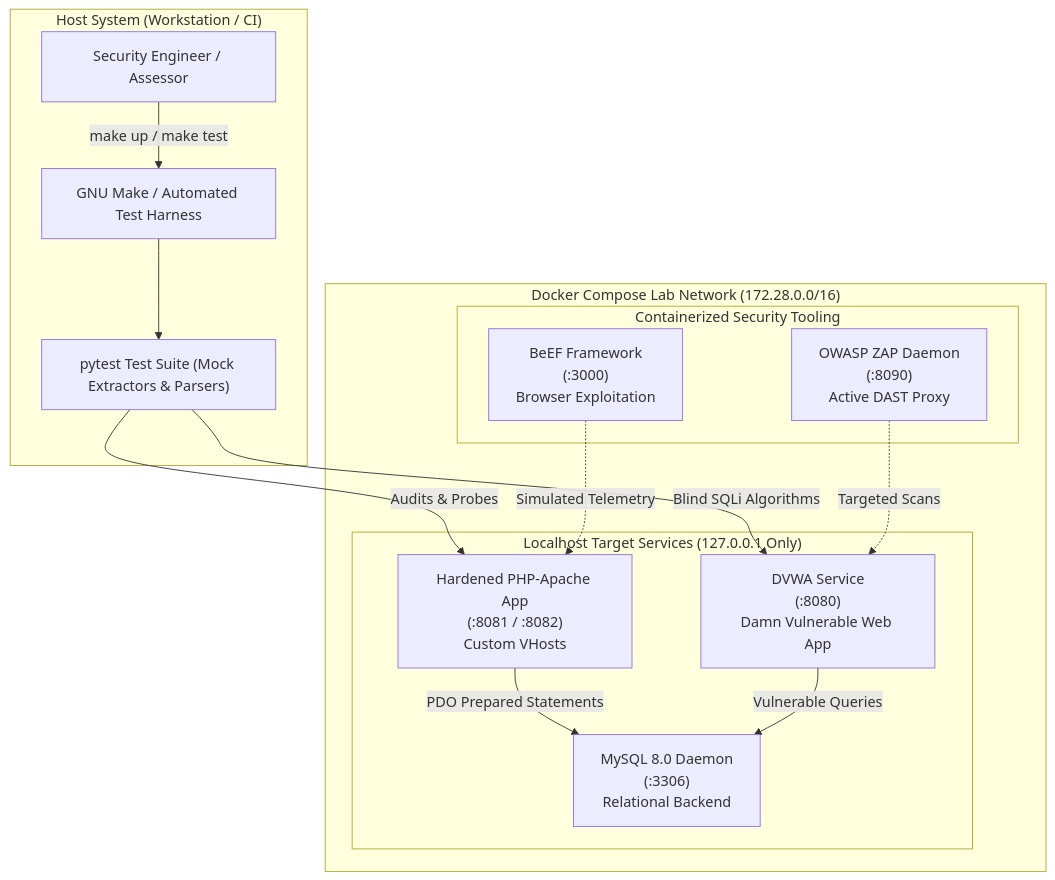
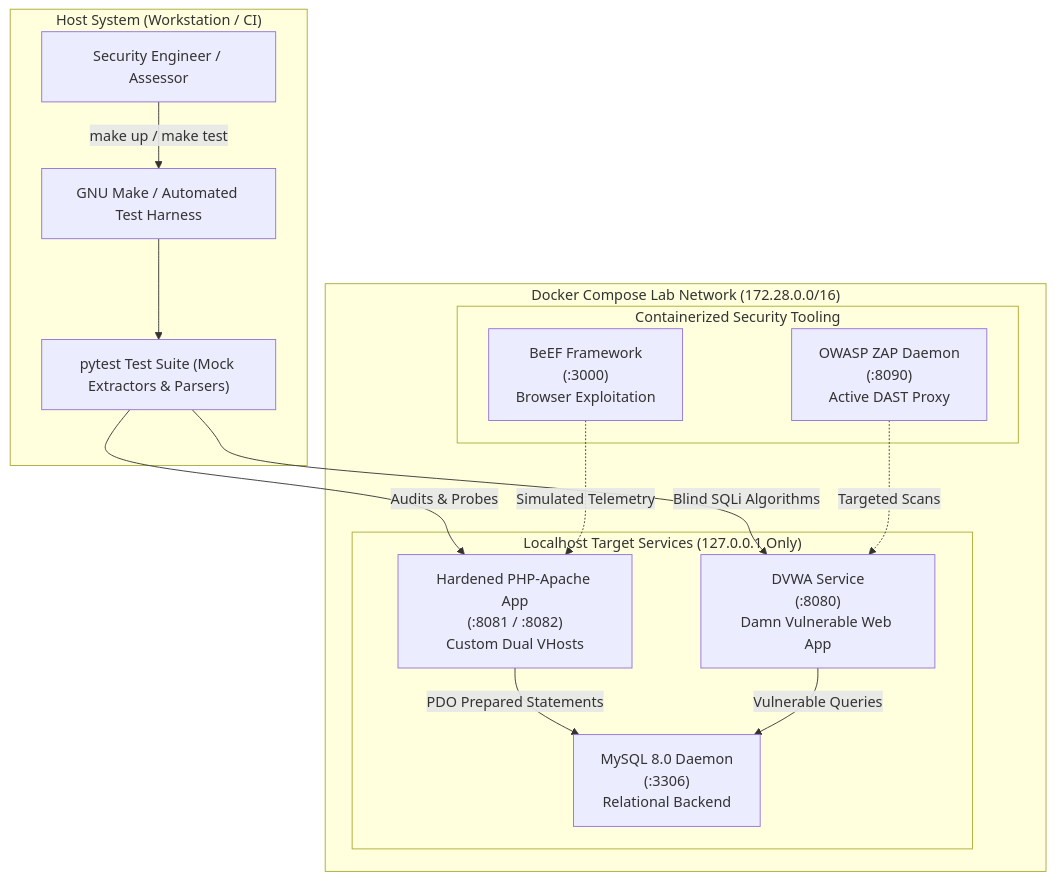
One commit to Vecesta-co/unified-mentor-web-security-assignments changed the diagram in README.md. Above: the diagram before and after it, drawn with Mermaid. The commit also changed other lines of this file and 2 other files, not shown here.

````diff
--- a/README.md
+++ b/README.md
@@ -10,30 +18,30 @@
 ```mermaid
 flowchart TD
     subgraph Host["Host System (Workstation / CI)"]
         Operator["Security Engineer / Assessor"]
         Make["GNU Make / Automated Test Harness"]
         Pytest["pytest Test Suite (Mock Extractors & Parsers)"]
     end
 
     subgraph DockerEnv["Docker Compose Lab Network (172.28.0.0/16)"]
         subgraph TargetGroup["Localhost Target Services (127.0.0.1 Only)"]
             DVWA["DVWA Service\n(:8080)\nDamn Vulnerable Web App"]
-            PHPApp["Hardened PHP-Apache App\n(:8081 / :8082)\nCustom VHosts"]
+            PHPApp["Hardened PHP-Apache App\n(:8081 / :8082)\nCustom Dual VHosts"]
             MySQL["MySQL 8.0 Daemon\n(:3306)\nRelational Backend"]
         end
 
         subgraph ToolGroup["Containerized Security Tooling"]
             ZAP["OWASP ZAP Daemon\n(:8090)\nActive DAST Proxy"]
             BeEF["BeEF Framework\n(:3000)\nBrowser Exploitation"]
         end
     end
 
     Operator -->|make up / make test| Make
     Make --> Pytest
     Pytest -->|Audits & Probes| PHPApp
     Pytest -->|Blind SQLi Algorithms| DVWA
     PHPApp -->|PDO Prepared Statements| MySQL
     DVWA -->|Vulnerable Queries| MySQL
     ZAP -.->|Targeted Scans| DVWA
     BeEF -.->|Simulated Telemetry| PHPApp
 ```
````
